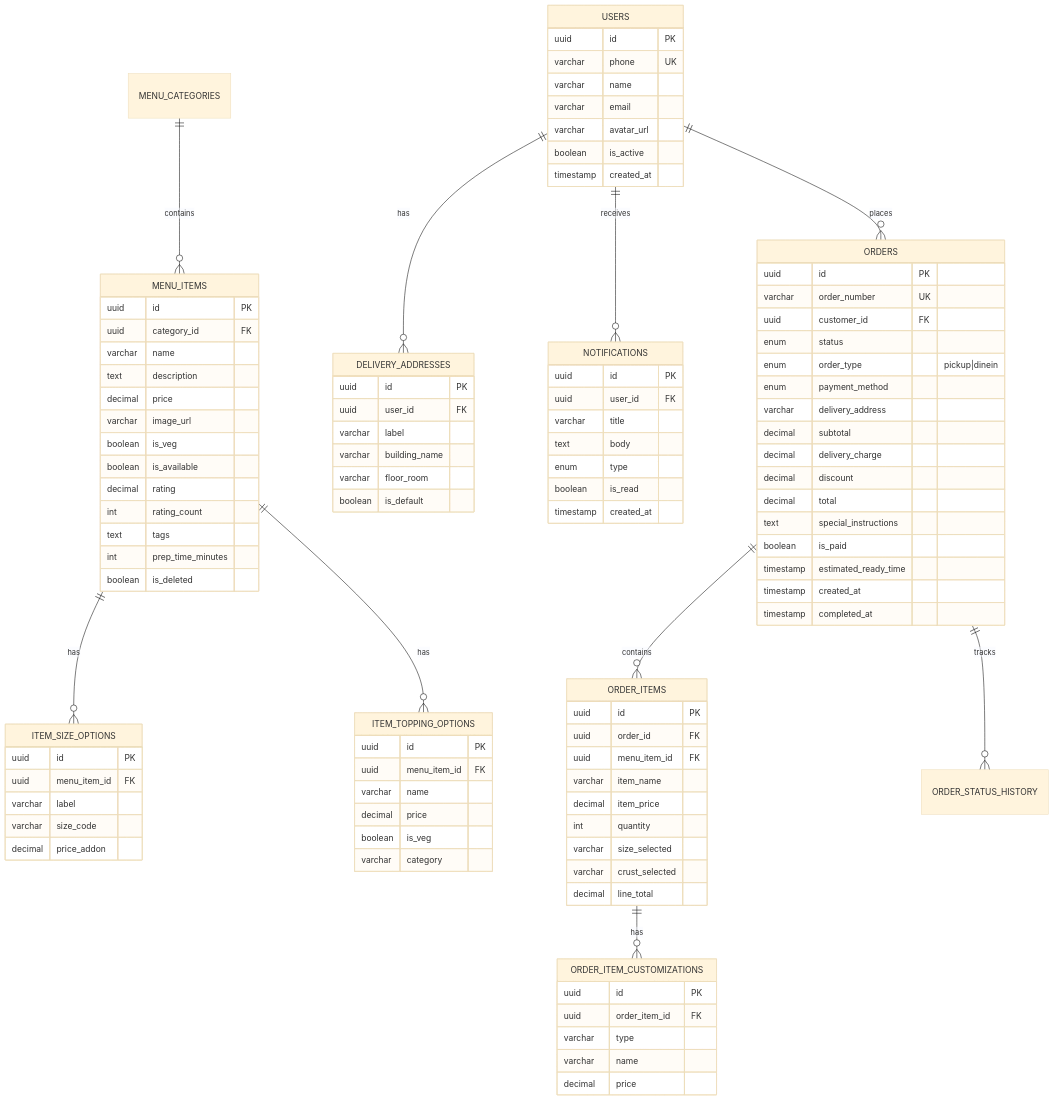
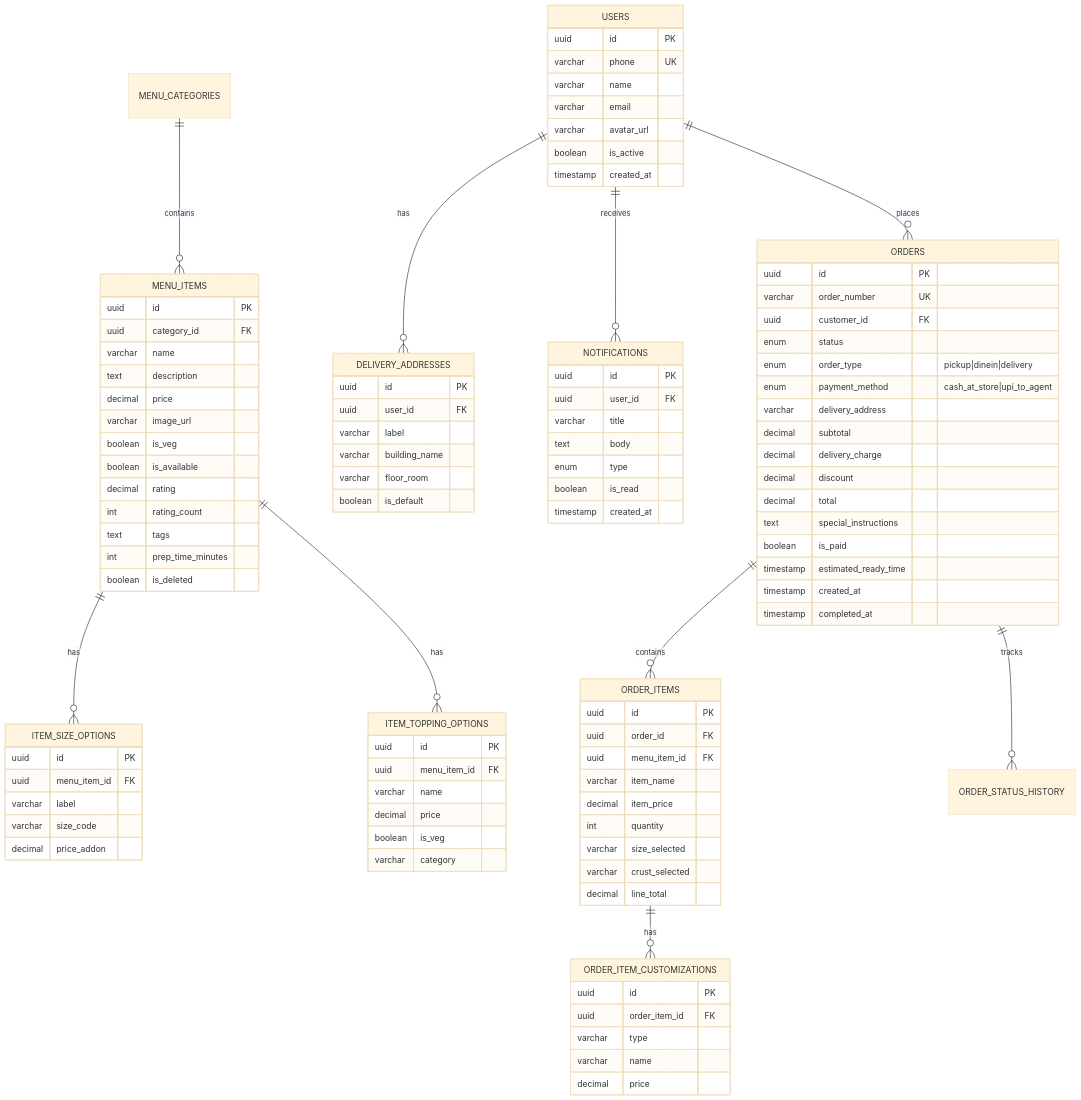
The seventh of 8 diagrams in campus_food_ordering_system/docs/customer_app_system_design.md (csanni/frescos-app), drawn with Mermaid (base theme) before and after one commit. The commit also changed other lines of this file and 21 other files, not shown here.

```diff
--- a/campus_food_ordering_system/docs/customer_app_system_design.md
+++ b/campus_food_ordering_system/docs/customer_app_system_design.md
@@ -735,8 +755,8 @@
         varchar order_number UK
         uuid customer_id FK
         enum status
-        enum order_type "pickup|dinein"
-        enum payment_method
+        enum order_type "pickup|dinein|delivery"
+        enum payment_method "cash_at_store|upi_to_agent"
         varchar delivery_address
         decimal subtotal
         decimal delivery_charge
```
